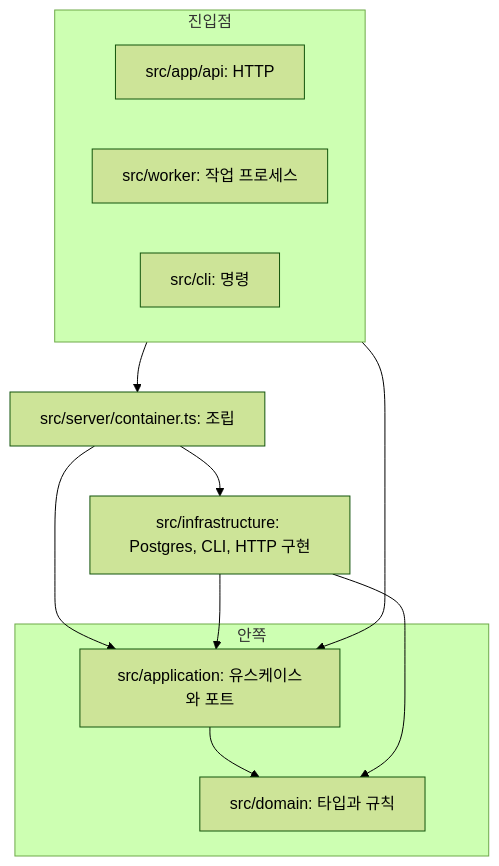
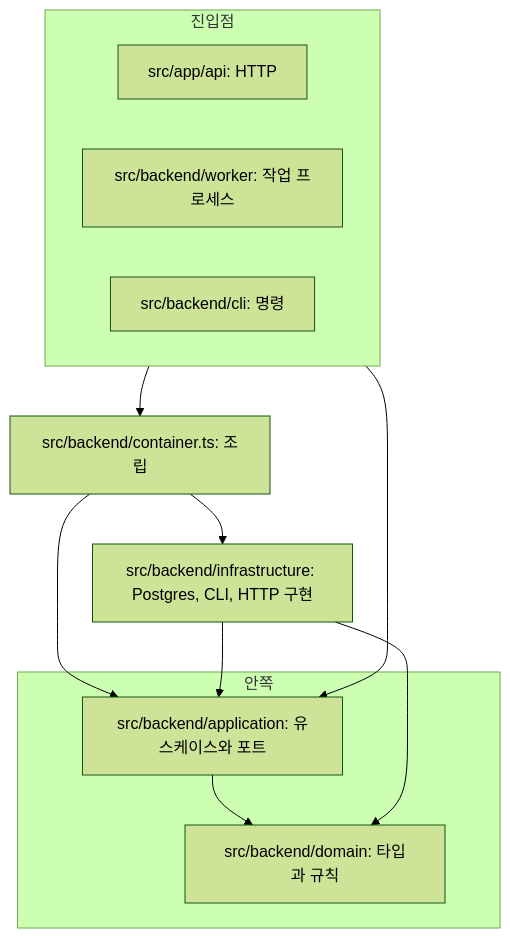
One commit to Changsik00/inkle changed the diagram in docs/decisions/ADR-006-server-structure.md. Above: the diagram before and after it, drawn with Mermaid (forest theme). The commit also changed other lines of this file and 166 other files, not shown here.

Commit message:
refactor(spec-01-04): split src into backend, frontend and shared

````diff
--- a/docs/decisions/ADR-006-server-structure.md
+++ b/docs/decisions/ADR-006-server-structure.md
@@ -22,22 +22,22 @@
 ```mermaid
 flowchart TB
     subgraph entry[진입점]
         A[src/app/api: HTTP]
-        W[src/worker: 작업 프로세스]
-        C[src/cli: 명령]
+        W[src/backend/worker: 작업 프로세스]
+        C[src/backend/cli: 명령]
     end
-    S[src/server/container.ts: 조립]
+    S[src/backend/container.ts: 조립]
     subgraph core[안쪽]
-        AP[src/application: 유스케이스와 포트]
-        D[src/domain: 타입과 규칙]
+        AP[src/backend/application: 유스케이스와 포트]
+        D[src/backend/domain: 타입과 규칙]
     end
-    I[src/infrastructure: Postgres, CLI, HTTP 구현]
+    I[src/backend/infrastructure: Postgres, CLI, HTTP 구현]
 
     entry --> S
     entry --> AP
     S --> I
     S --> AP
     I --> AP
     AP --> D
     I --> D
 ```
````
